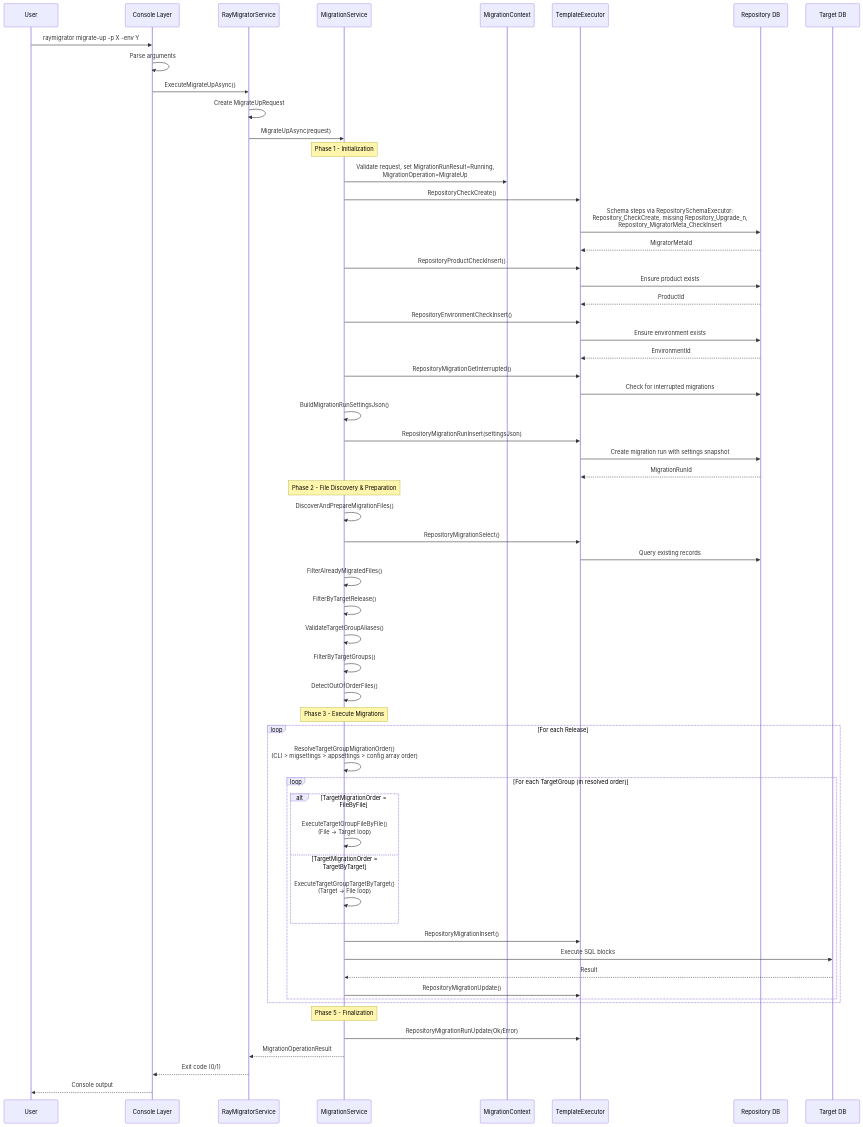
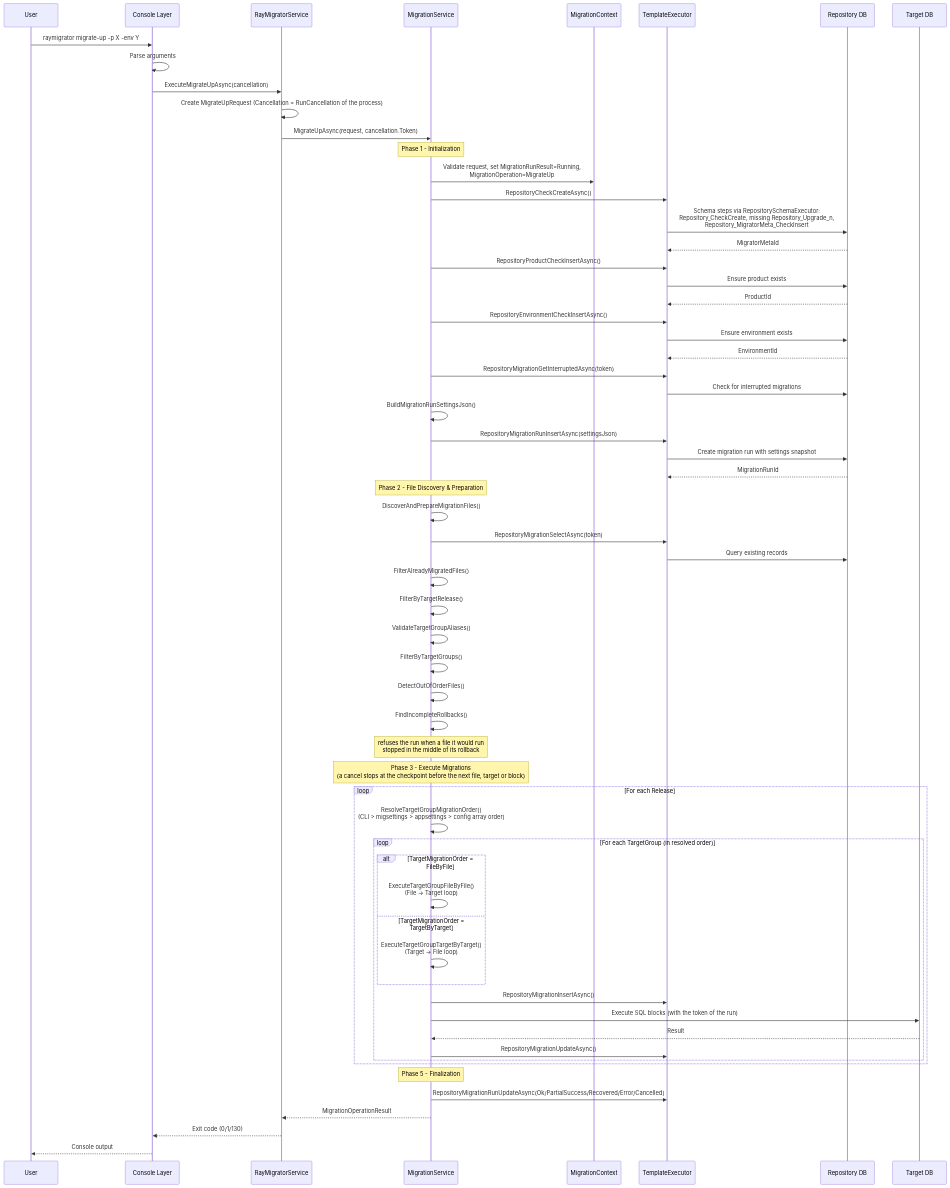
The first of 9 diagrams in Docs/01-architecture/data-flow.md (RAYCOON/RayMigrator), drawn with Mermaid before and after one commit. The commit also changed other lines of this file and 136 other files, not shown here.

````diff
--- a/Docs/01-architecture/data-flow.md
+++ b/Docs/01-architecture/data-flow.md
@@ -7,73 +7,75 @@
 ```mermaid
 sequenceDiagram
     participant User
     participant CLI as Console Layer
     participant Bridge as RayMigratorService
     participant Svc as MigrationService
     participant Ctx as MigrationContext
     participant Tmpl as TemplateExecutor
     participant Repo as Repository DB
     participant Target as Target DB
 
     User->>CLI: raymigrator migrate-up -p X -env Y
 
     CLI->>CLI: Parse arguments
-    CLI->>Bridge: ExecuteMigrateUpAsync()
+    CLI->>Bridge: ExecuteMigrateUpAsync(cancellation)
 
-    Bridge->>Bridge: Create MigrateUpRequest
-    Bridge->>Svc: MigrateUpAsync(request)
+    Bridge->>Bridge: Create MigrateUpRequest (Cancellation = RunCancellation of the process)
+    Bridge->>Svc: MigrateUpAsync(request, cancellation.Token)
 
     Note over Svc: Phase 1 - Initialization
     Svc->>Ctx: Validate request, set MigrationRunResult=Running,<br/>MigrationOperation=MigrateUp
-    Svc->>Tmpl: RepositoryCheckCreate()
+    Svc->>Tmpl: RepositoryCheckCreateAsync()
     Tmpl->>Repo: Schema steps via RepositorySchemaExecutor:<br/>Repository_CheckCreate, missing Repository_Upgrade_n,<br/>Repository_MigratorMeta_CheckInsert
     Repo-->>Tmpl: MigratorMetaId
 
-    Svc->>Tmpl: RepositoryProductCheckInsert()
+    Svc->>Tmpl: RepositoryProductCheckInsertAsync()
     Tmpl->>Repo: Ensure product exists
     Repo-->>Tmpl: ProductId
 
-    Svc->>Tmpl: RepositoryEnvironmentCheckInsert()
+    Svc->>Tmpl: RepositoryEnvironmentCheckInsertAsync()
     Tmpl->>Repo: Ensure environment exists
     Repo-->>Tmpl: EnvironmentId
 
-    Svc->>Tmpl: RepositoryMigrationGetInterrupted()
+    Svc->>Tmpl: RepositoryMigrationGetInterruptedAsync(token)
     Tmpl->>Repo: Check for interrupted migrations
 
     Svc->>Svc: BuildMigrationRunSettingsJson()
-    Svc->>Tmpl: RepositoryMigrationRunInsert(settingsJson)
+    Svc->>Tmpl: RepositoryMigrationRunInsertAsync(settingsJson)
     Tmpl->>Repo: Create migration run with settings snapshot
     Repo-->>Tmpl: MigrationRunId
 
     Note over Svc: Phase 2 - File Discovery & Preparation
     Svc->>Svc: DiscoverAndPrepareMigrationFiles()
-    Svc->>Tmpl: RepositoryMigrationSelect()
+    Svc->>Tmpl: RepositoryMigrationSelectAsync(token)
     Tmpl->>Repo: Query existing records
     Svc->>Svc: FilterAlreadyMigratedFiles()
     Svc->>Svc: FilterByTargetRelease()
     Svc->>Svc: ValidateTargetGroupAliases()
     Svc->>Svc: FilterByTargetGroups()
     Svc->>Svc: DetectOutOfOrderFiles()
+    Svc->>Svc: FindIncompleteRollbacks()
+    Note over Svc: refuses the run when a file it would run<br/>stopped in the middle of its rollback
 
-    Note over Svc: Phase 3 - Execute Migrations
+    Note over Svc: Phase 3 - Execute Migrations<br/>(a cancel stops at the checkpoint before the next file, target or block)
     loop For each Release
         Svc->>Svc: ResolveTargetGroupMigrationOrder()<br/>(CLI > migsettings > appsettings > config array order)
         loop For each TargetGroup (in resolved order)
             alt TargetMigrationOrder = FileByFile
                 Svc->>Svc: ExecuteTargetGroupFileByFile()<br/>(File → Target loop)
             else TargetMigrationOrder = TargetByTarget
                 Svc->>Svc: ExecuteTargetGroupTargetByTarget()<br/>(Target → File loop)
             end
-            Svc->>Tmpl: RepositoryMigrationInsert()
-            Svc->>Target: Execute SQL blocks
+            Svc->>Tmpl: RepositoryMigrationInsertAsync()
+            Svc->>Target: Execute SQL blocks (with the token of the run)
             Target-->>Svc: Result
-            Svc->>Tmpl: RepositoryMigrationUpdate()
+            Svc->>Tmpl: RepositoryMigrationUpdateAsync()
         end
     end
 
     Note over Svc: Phase 5 - Finalization
-    Svc->>Tmpl: RepositoryMigrationRunUpdate(Ok/Error)
+    Svc->>Tmpl: RepositoryMigrationRunUpdateAsync(Ok/PartialSuccess/Recovered/Error/Cancelled)
     Svc-->>Bridge: MigrationOperationResult
-    Bridge-->>CLI: Exit code (0/1)
+    Bridge-->>CLI: Exit code (0/1/130)
     CLI-->>User: Console output
 ```
````
